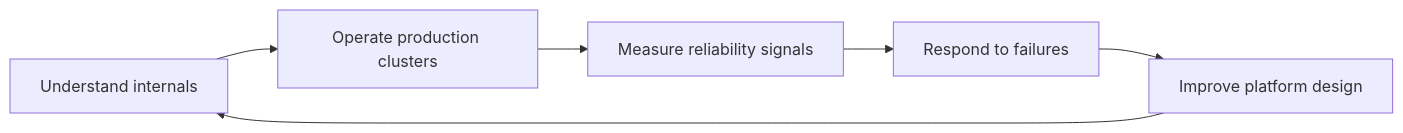
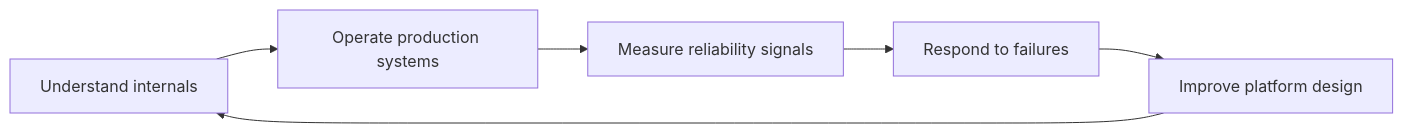
Before and after one commit to sssamant21/sre-academy: the diagram in docs/index.md, drawn with Mermaid. The commit also changed other lines of this file, not shown here.

````diff
--- a/docs/index.md
+++ b/docs/index.md
@@ -52,8 +31,8 @@
 ```mermaid
 graph LR
-    Learn[Understand internals] --> Operate[Operate production clusters]
+    Learn[Understand internals] --> Operate[Operate production systems]
     Operate --> Observe[Measure reliability signals]
     Observe --> Respond[Respond to failures]
     Respond --> Improve[Improve platform design]
     Improve --> Learn
 ```
````
